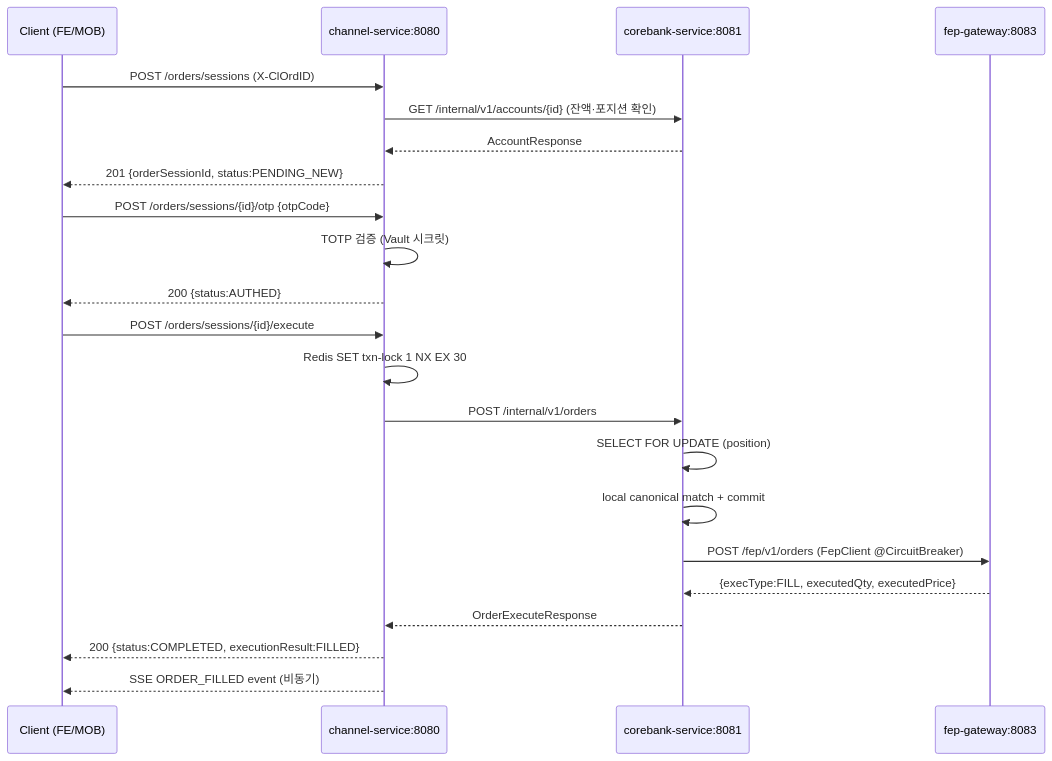
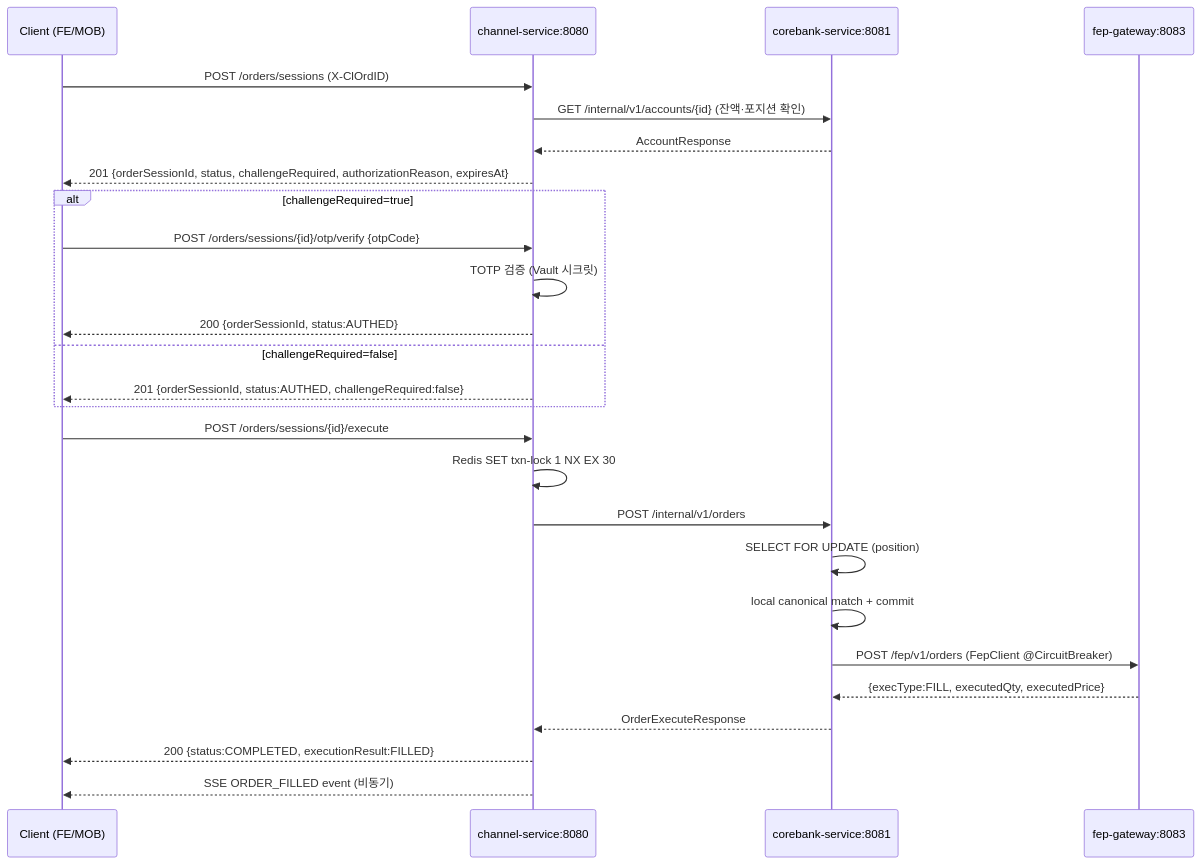
Before and after one commit to DoYouLikeFIx/FIXYZ: the first of 2 diagrams in _bmad-output/planning-artifacts/channels/api-spec.md, drawn with Mermaid. The commit also changed other lines of this file and 5 other files, not shown here.

Commit message:
Feat: Enhance order flow UX with conditional step-up and session management improvements

````diff
--- a/_bmad-output/planning-artifacts/channels/api-spec.md
+++ b/_bmad-output/planning-artifacts/channels/api-spec.md
@@ -310,27 +310,31 @@
 ```mermaid
 sequenceDiagram
     participant C as Client (FE/MOB)
     participant CH as channel-service:8080
     participant CB as corebank-service:8081
     participant FEP as fep-gateway:8083
 
     C->>CH: POST /orders/sessions (X-ClOrdID)
     CH->>CB: GET /internal/v1/accounts/{id} (잔액·포지션 확인)
     CB-->>CH: AccountResponse
-    CH-->>C: 201 {orderSessionId, status:PENDING_NEW}
+    CH-->>C: 201 {orderSessionId, status, challengeRequired, authorizationReason, expiresAt}
 
-    C->>CH: POST /orders/sessions/{id}/otp {otpCode}
-    CH->>CH: TOTP 검증 (Vault 시크릿)
-    CH-->>C: 200 {status:AUTHED}
+    alt challengeRequired=true
+        C->>CH: POST /orders/sessions/{id}/otp/verify {otpCode}
+        CH->>CH: TOTP 검증 (Vault 시크릿)
+        CH-->>C: 200 {orderSessionId, status:AUTHED}
+    else challengeRequired=false
+        CH-->>C: 201 {orderSessionId, status:AUTHED, challengeRequired:false}
+    end
 
     C->>CH: POST /orders/sessions/{id}/execute
     CH->>CH: Redis SET txn-lock 1 NX EX 30
     CH->>CB: POST /internal/v1/orders
     CB->>CB: SELECT FOR UPDATE (position)
     CB->>CB: local canonical match + commit
     CB->>FEP: POST /fep/v1/orders (FepClient @CircuitBreaker)
     FEP-->>CB: {execType:FILL, executedQty, executedPrice}
     CB-->>CH: OrderExecuteResponse
     CH-->>C: 200 {status:COMPLETED, executionResult:FILLED}
     CH-->>C: SSE ORDER_FILLED event (비동기)
 ```
````
